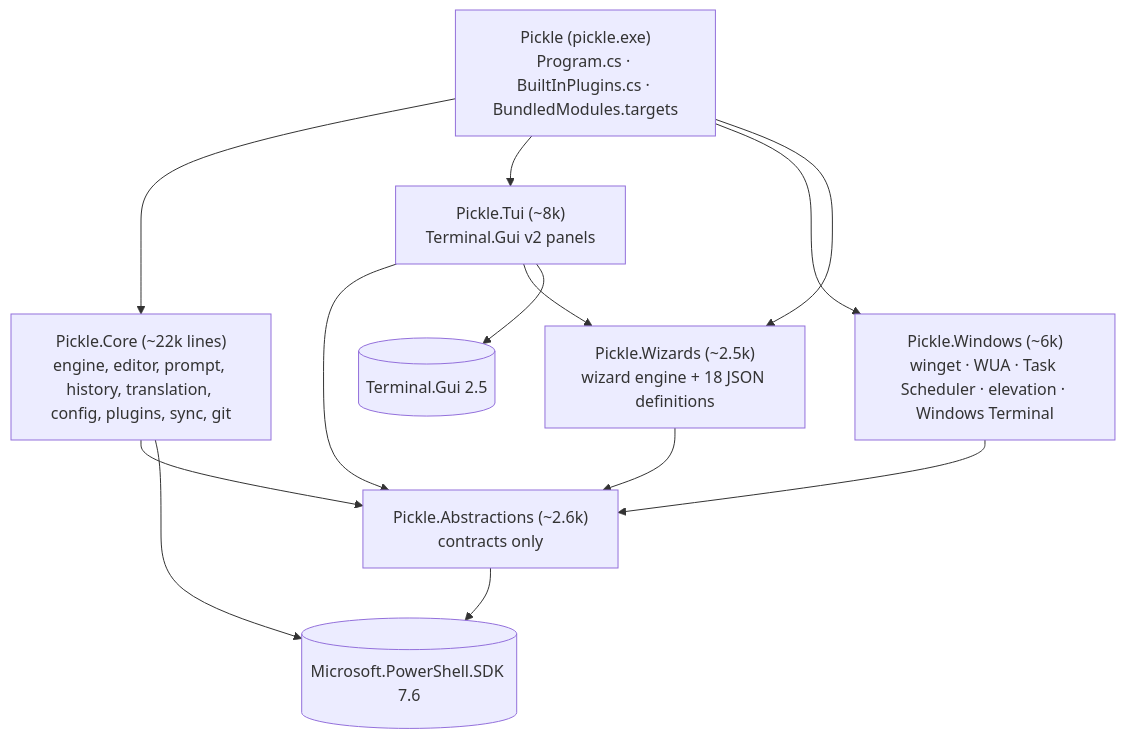
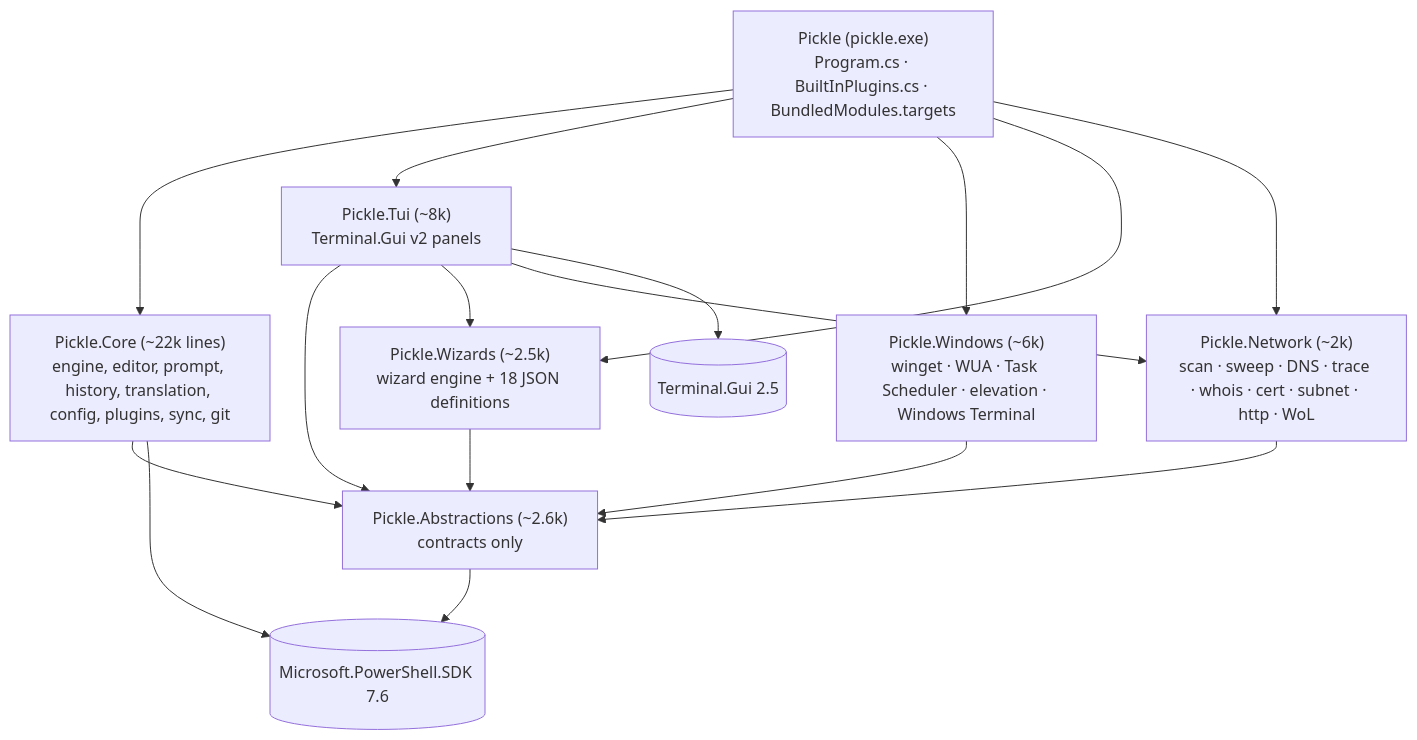
One commit to Daolyap/Pickle changed the first of 3 diagrams in docs/architecture.md. Above: the diagram before and after it, drawn with Mermaid. The commit also changed other lines of this file and 4 other files, not shown here.

First line of the commit message:
Plugin authoring guide (docs/plugins.md); README, architecture and checklist for the new features

````diff
--- a/docs/architecture.md
+++ b/docs/architecture.md
@@ -8,20 +8,22 @@
 ```mermaid
 graph TD
     exe["Pickle (pickle.exe)<br/>Program.cs · BuiltInPlugins.cs · BundledModules.targets"]
     core["Pickle.Core (~22k lines)<br/>engine, editor, prompt, history, translation, config, plugins, sync, git"]
     tui["Pickle.Tui (~8k)<br/>Terminal.Gui v2 panels"]
     win["Pickle.Windows (~6k)<br/>winget · WUA · Task Scheduler · elevation · Windows Terminal"]
     wiz["Pickle.Wizards (~2.5k)<br/>wizard engine + 18 JSON definitions"]
+    net["Pickle.Network (~2k)<br/>scan · sweep · DNS · trace · whois · cert · subnet · http · WoL"]
     abs["Pickle.Abstractions (~2.6k)<br/>contracts only"]
     sdk[("Microsoft.PowerShell.SDK 7.6")]
     tg[("Terminal.Gui 2.5")]
 
-    exe --> core & tui & win & wiz
+    exe --> core & tui & win & wiz & net
     core --> abs
-    tui --> abs & wiz
+    tui --> abs & wiz & net
+    net --> abs
     win --> abs
     wiz --> abs
     abs --> sdk
     core --> sdk
     tui --> tg
 ```
````
